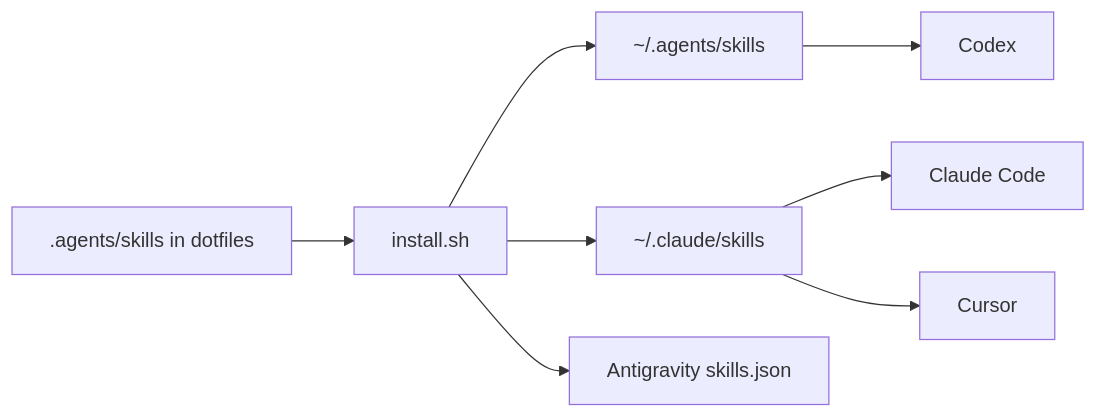
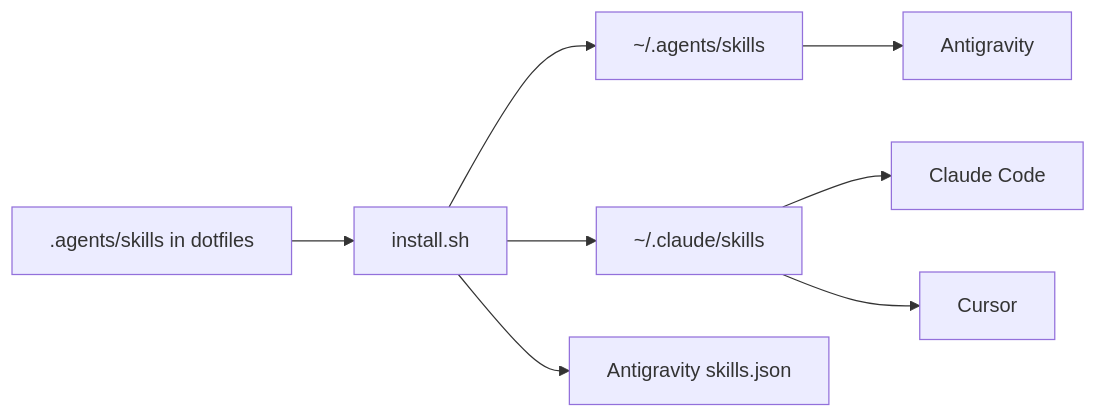
Before and after one commit to mingster/dotfiles: the first of 4 diagrams in README.md, drawn with Mermaid. The commit also changed other lines of this file and 66 other files, not shown here.

Commit message:
Remove Codex from the agent team; route to Claude then Antigravity

````diff
--- a/README.md
+++ b/README.md
@@ -25,10 +25,10 @@
 ```mermaid
 flowchart LR
     repo[".agents/skills in dotfiles"] --> install["install.sh"]
     install --> agents["~/.agents/skills"]
     install --> claude["~/.claude/skills"]
-    agents --> codex[Codex]
+    agents --> agy[Antigravity]
     claude --> cc[Claude Code]
     claude --> cursor[Cursor]
     install --> gem["Antigravity skills.json"]
 ```
````
